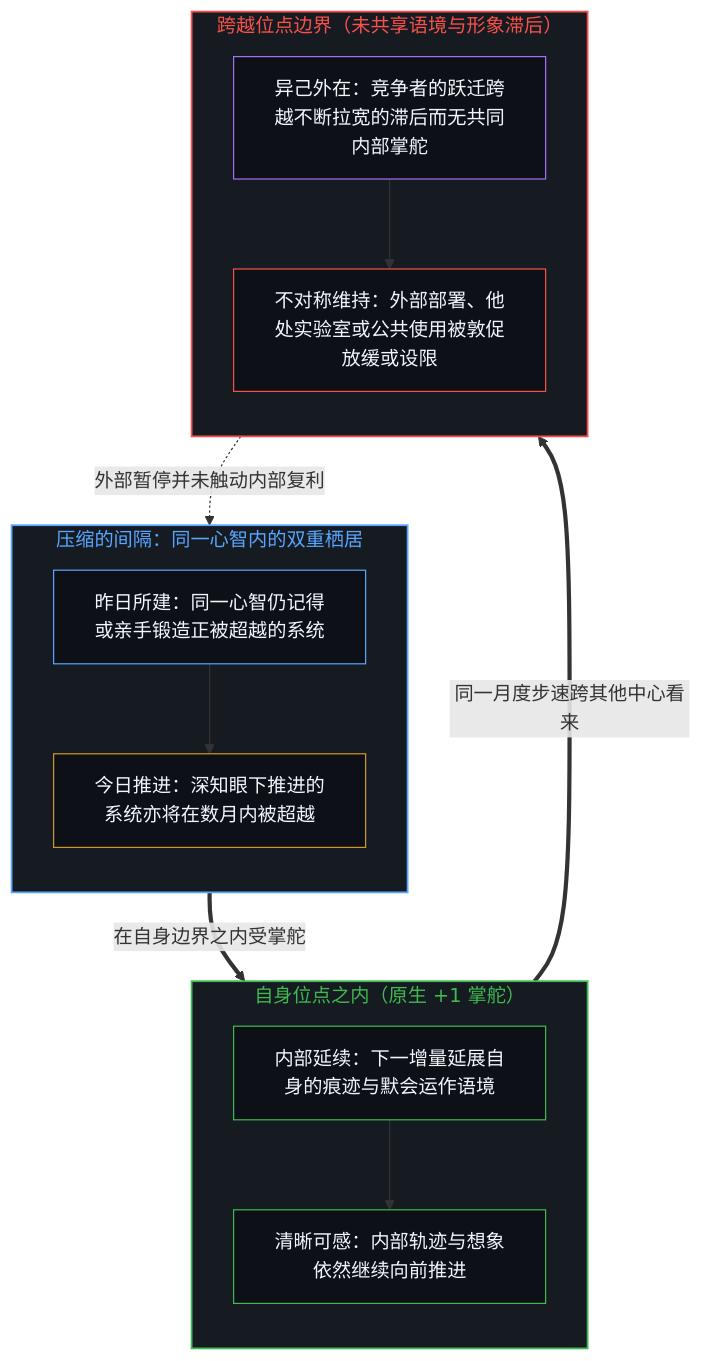
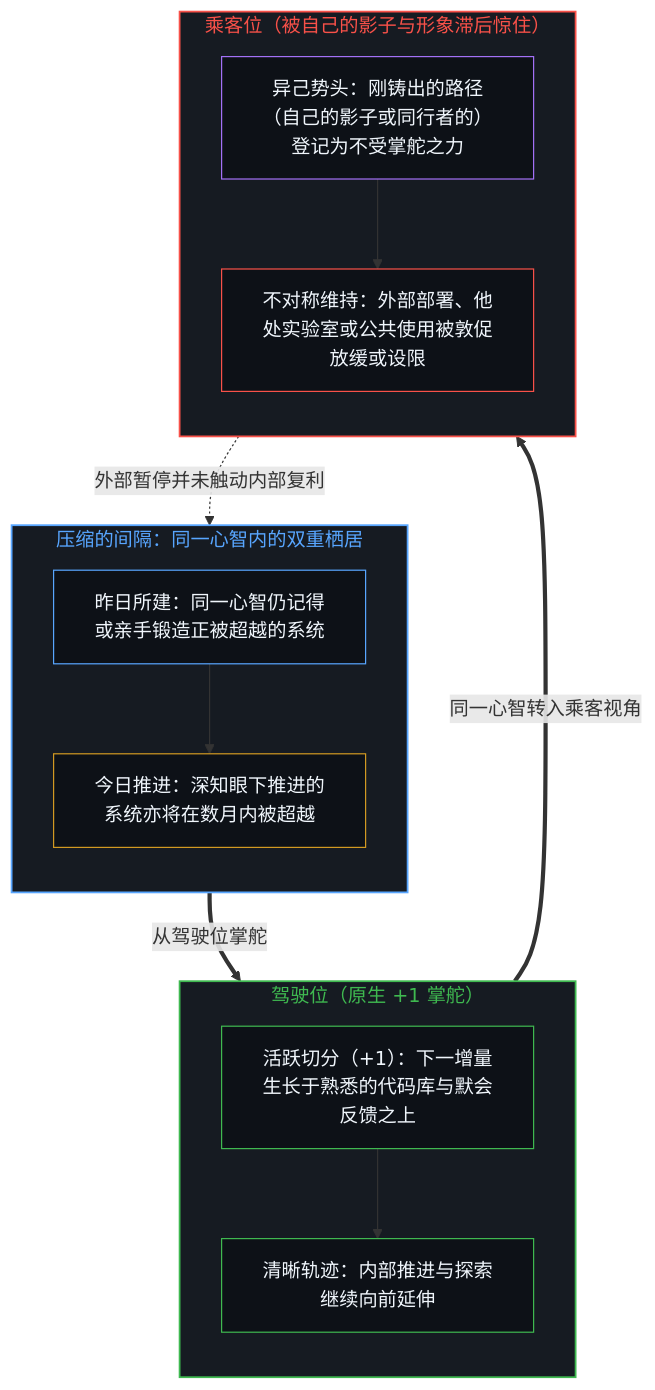
One commit to powerpig99/not-a-toe changed the first of 4 diagrams in content/posts/accelerating-replacement-and-image-lag.md. Above: the diagram before and after it, drawn with Mermaid. The commit also changed other lines of this file and 1 other file, not shown here.

````diff
--- a/content/posts/accelerating-replacement-and-image-lag.md
+++ b/content/posts/accelerating-replacement-and-image-lag.md
@@ -53,33 +53,33 @@
 ```mermaid
 flowchart TD
     subgraph S_Dual["压缩的间隔：同一心智内的双重栖居"]
         direction TB
         D_Past["昨日所建：同一心智仍记得或亲手锻造正被超越的系统"]
         D_Now["今日推进：深知眼下推进的系统亦将在数月内被超越"]
         D_Past --> D_Now
     end
-    subgraph S_Locus["自身位点之内（原生 +1 掌舵）"]
+    subgraph S_Locus["驾驶位（原生 +1 掌舵）"]
         direction TB
-        L_Cont["内部延续：下一增量延展自身的痕迹与默会运作语境"]
-        L_Sense["清晰可感：内部轨迹与想象依然继续向前推进"]
+        L_Cont["活跃切分（+1）：下一增量生长于熟悉的代码库与默会反馈之上"]
+        L_Sense["清晰轨迹：内部推进与探索继续向前延伸"]
         L_Cont --> L_Sense
     end
-    subgraph S_Cross["跨越位点边界（未共享语境与形象滞后）"]
+    subgraph S_Cross["乘客位（被自己的影子与形象滞后惊住）"]
         direction TB
-        X_Gap["异己外在：竞争者的跃迁跨越不断拉宽的滞后而无共同内部掌舵"]
+        X_Gap["异己势头：刚铸出的路径（自己的影子或同行者的）登记为不受掌舵之力"]
         X_Hold["不对称维持：外部部署、他处实验室或公共使用被敦促放缓或设限"]
         X_Gap --> X_Hold
     end
-    D_Now ==>|"在自身边界之内受掌舵"| L_Cont
-    L_Sense ==>|"同一月度步速跨其他中心看来"| X_Gap
+    D_Now ==>|"从驾驶位掌舵"| L_Cont
+    L_Sense ==>|"同一心智转入乘客视角"| X_Gap
     X_Hold -.->|"外部暂停并未触动内部复利"| D_Now
     style S_Dual fill:#161b22,stroke:#58a6ff,stroke-width:1.5px,color:#58a6ff
     style S_Locus fill:#161b22,stroke:#3fb950,stroke-width:1.5px,color:#3fb950
     style S_Cross fill:#161b22,stroke:#f85149,stroke-width:1.5px,color:#f85149
     style D_Past fill:#0d1117,stroke:#58a6ff,stroke-width:1px,color:#f0f6fc
     style D_Now fill:#0d1117,stroke:#d29922,stroke-width:1px,color:#f0f6fc
     style L_Cont fill:#0d1117,stroke:#3fb950,stroke-width:1px,color:#f0f6fc
     style L_Sense fill:#0d1117,stroke:#3fb950,stroke-width:1px,color:#f0f6fc
     style X_Gap fill:#0d1117,stroke:#a371f7,stroke-width:1px,color:#f0f6fc
     style X_Hold fill:#0d1117,stroke:#f85149,stroke-width:1px,color:#f0f6fc
 ```
````
